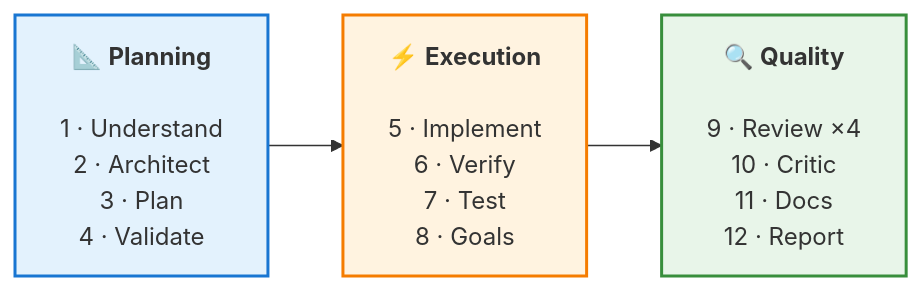
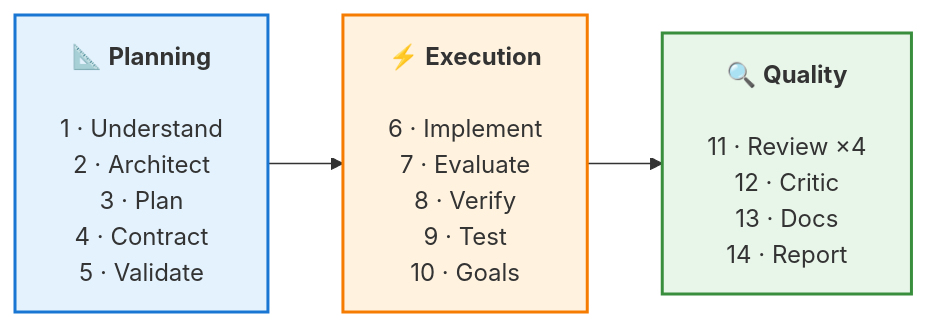
Before and after one commit to RaNDoM6913/claude-code-superkit: the diagram in README.md, drawn with Mermaid. The commit also changed other lines of this file and 5 other files, not shown here.

````diff
--- a/README.md
+++ b/README.md
@@ -88,12 +89,12 @@
 ```mermaid
 graph LR
     P -->|" "| E -->|" "| Q
 
-    P["📐 <b>Planning</b><br/><br/>1 · Understand<br/>2 · Architect<br/>3 · Plan<br/>4 · Validate"]
-    E["⚡ <b>Execution</b><br/><br/>5 · Implement<br/>6 · Verify<br/>7 · Test<br/>8 · Goals"]
-    Q["🔍 <b>Quality</b><br/><br/>9 · Review ×4<br/>10 · Critic<br/>11 · Docs<br/>12 · Report"]
+    P["📐 <b>Planning</b><br/><br/>1 · Understand<br/>2 · Architect<br/>3 · Plan<br/>4 · Contract<br/>5 · Validate"]
+    E["⚡ <b>Execution</b><br/><br/>6 · Implement<br/>7 · Evaluate<br/>8 · Verify<br/>9 · Test<br/>10 · Goals"]
+    Q["🔍 <b>Quality</b><br/><br/>11 · Review ×4<br/>12 · Critic<br/>13 · Docs<br/>14 · Report"]
 
     style P fill:#e3f2fd,stroke:#1976D2,stroke-width:2px,color:#333
     style E fill:#fff3e0,stroke:#F57C00,stroke-width:2px,color:#333
     style Q fill:#e8f5e9,stroke:#388E3C,stroke-width:2px,color:#333
 ```
````
